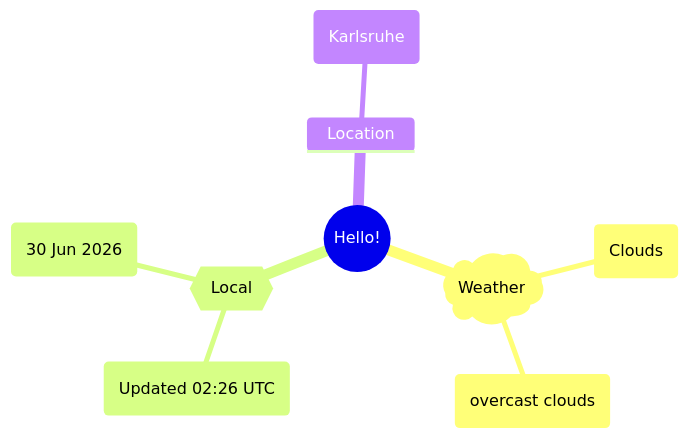
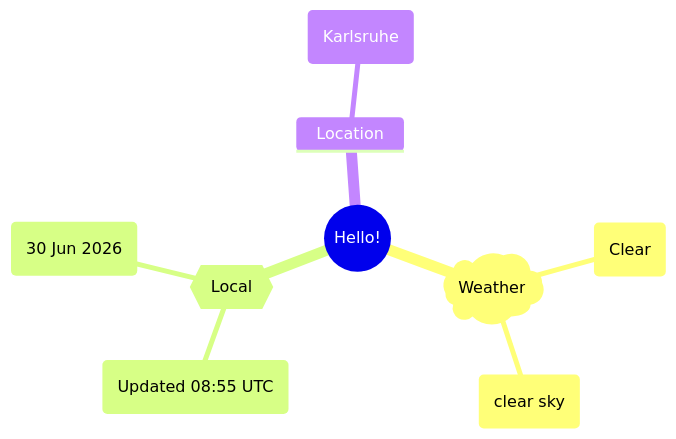
One commit to Xosrov/Xosrov changed the first of 2 diagrams in README.md. Above: the diagram before and after it, drawn with Mermaid.

Commit message:
[bot] updated images

````diff
--- a/README.md
+++ b/README.md
@@ -3,12 +3,12 @@
 ```mermaid
 mindmap
   root((Hello!))
     )Weather(
-        (Clouds)
-        (overcast clouds)
+        (Clear)
+        (clear sky)
     {{Local}}
-        (Updated 02:26 UTC)
+        (Updated 08:55 UTC)
         (30 Jun 2026)
     Location
         (Karlsruhe)
 ```
````
